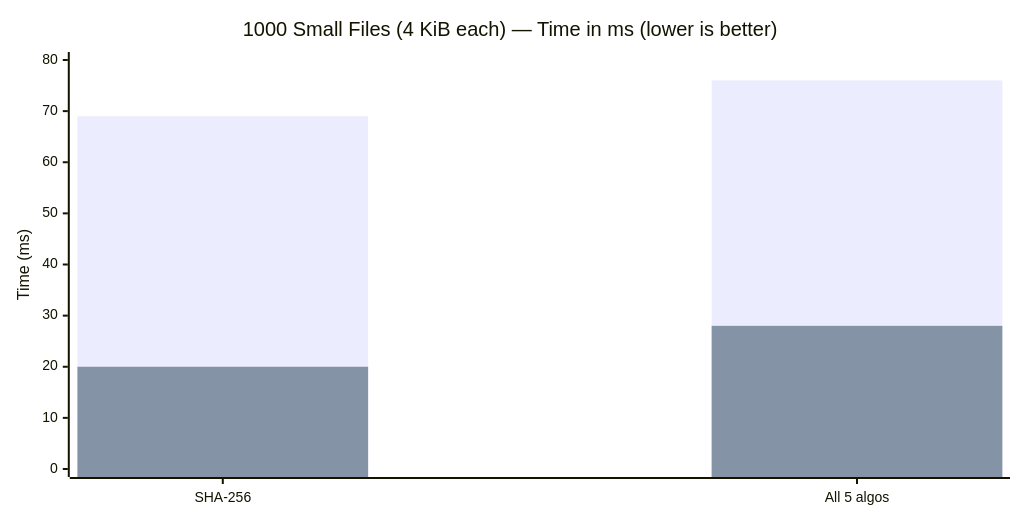
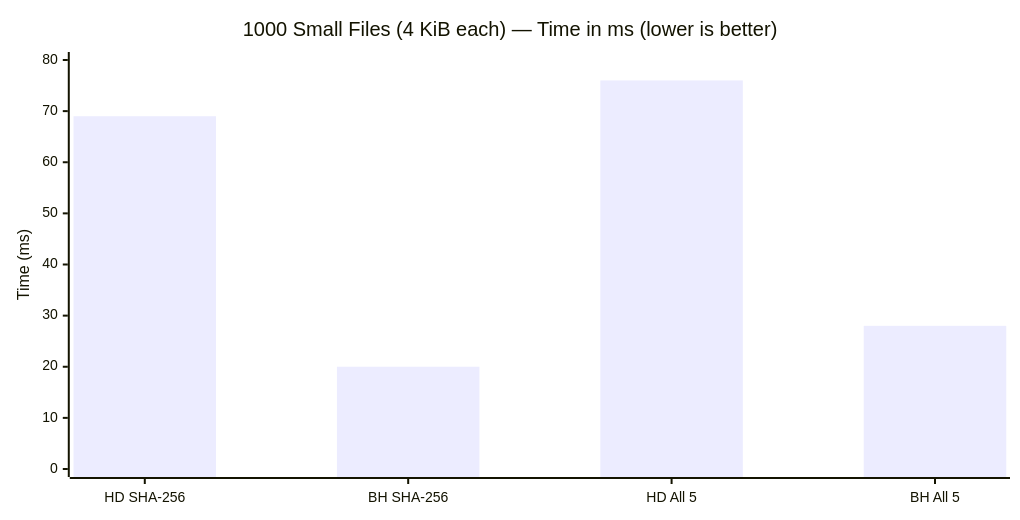
The second of 5 diagrams in docs/benchmarks.md (SecurityRonin/blazehash), drawn with Mermaid before and after one commit. The commit also changed other lines of this file, not shown here.

First line of the commit message:
docs: use interleaved side-by-side bars for all benchmark charts

````diff
--- a/docs/benchmarks.md
+++ b/docs/benchmarks.md
@@ -78,13 +77,12 @@
 ```mermaid
 ---
 config:
     xyChart:
         width: 1000
 ---
 xychart-beta
     title "1000 Small Files (4 KiB each) — Time in ms (lower is better)"
-    x-axis ["SHA-256", "All 5 algos"]
+    x-axis ["HD SHA-256", "BH SHA-256", "HD All 5", "BH All 5"]
     y-axis "Time (ms)" 0 --> 80
-    bar "hashdeep" [69, 76]
-    bar "blazehash" [20, 28]
+    bar [69, 20, 76, 28]
 ```
````
